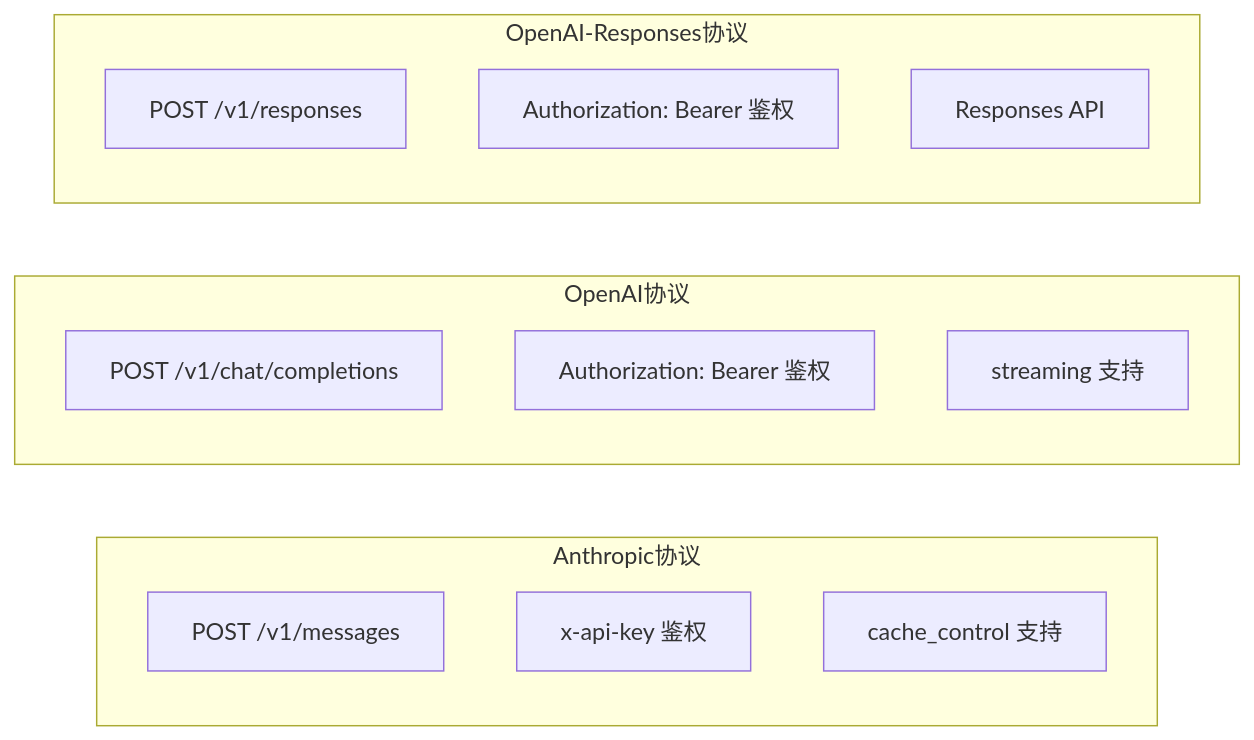
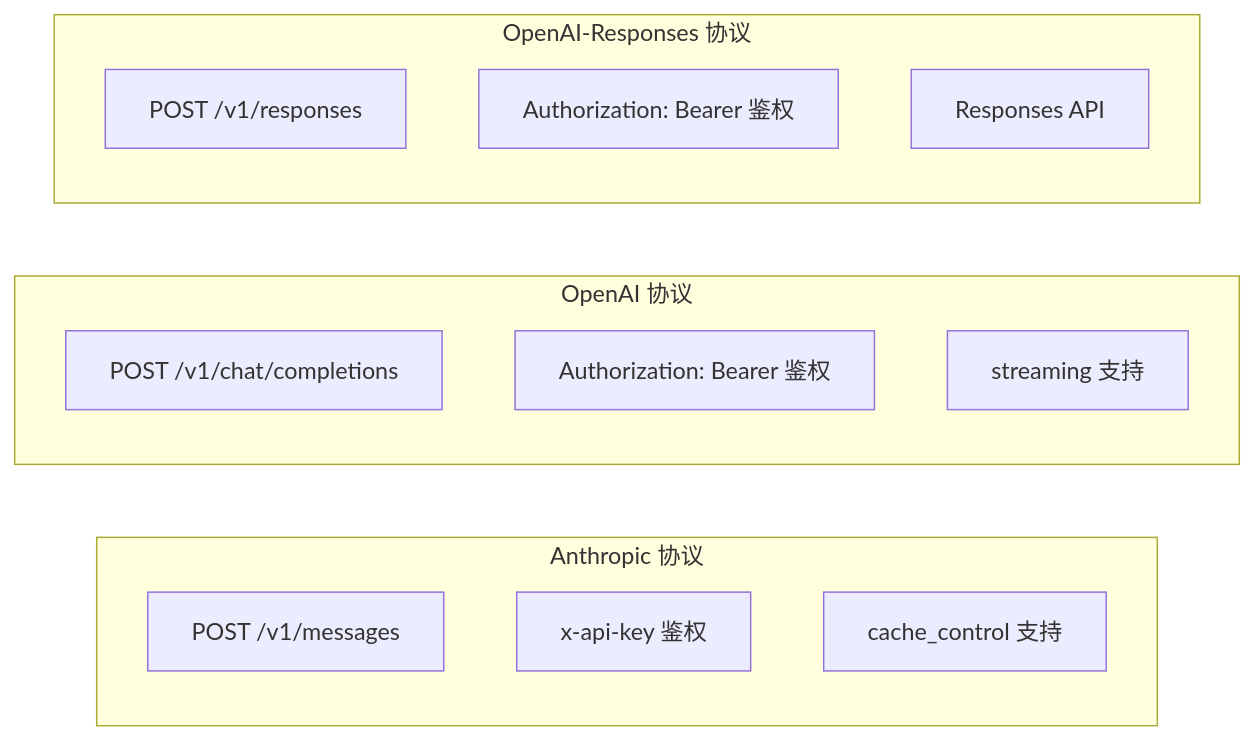
Before and after one commit to awesome-flexloop/awesome-okf: the first of 5 diagrams in doc/bundles/jishu/ai/products/open-code-review/concepts/02-llm-providers.md, drawn with Mermaid. The commit also changed other lines of this file and 10 other files, not shown here.

First line of the commit message:
docs(bundle): 清偿 Open Code Review 存量 Mermaid 违规避免规范漂移累积

````diff
--- a/doc/bundles/jishu/ai/products/open-code-review/concepts/02-llm-providers.md
+++ b/doc/bundles/jishu/ai/products/open-code-review/concepts/02-llm-providers.md
@@ -81,20 +81,18 @@
 ```mermaid
 graph LR
-    subgraph Anthropic协议
+    subgraph ANTHROPIC ["Anthropic 协议"]
         A1["POST /v1/messages"]
         A2["x-api-key 鉴权"]
         A3["cache_control 支持"]
     end
-
-    subgraph OpenAI协议
+    subgraph OPENAI ["OpenAI 协议"]
         O1["POST /v1/chat/completions"]
         O2["Authorization: Bearer 鉴权"]
         O3["streaming 支持"]
     end
-
-    subgraph OpenAI-Responses协议
+    subgraph OPENAI_RESPONSES ["OpenAI-Responses 协议"]
         R1["POST /v1/responses"]
         R2["Authorization: Bearer 鉴权"]
         R3["Responses API"]
     end
 ```
````
